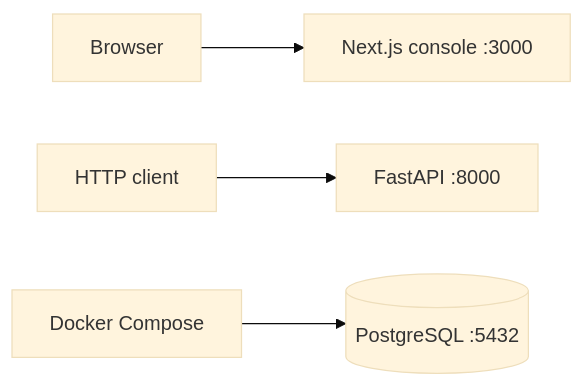
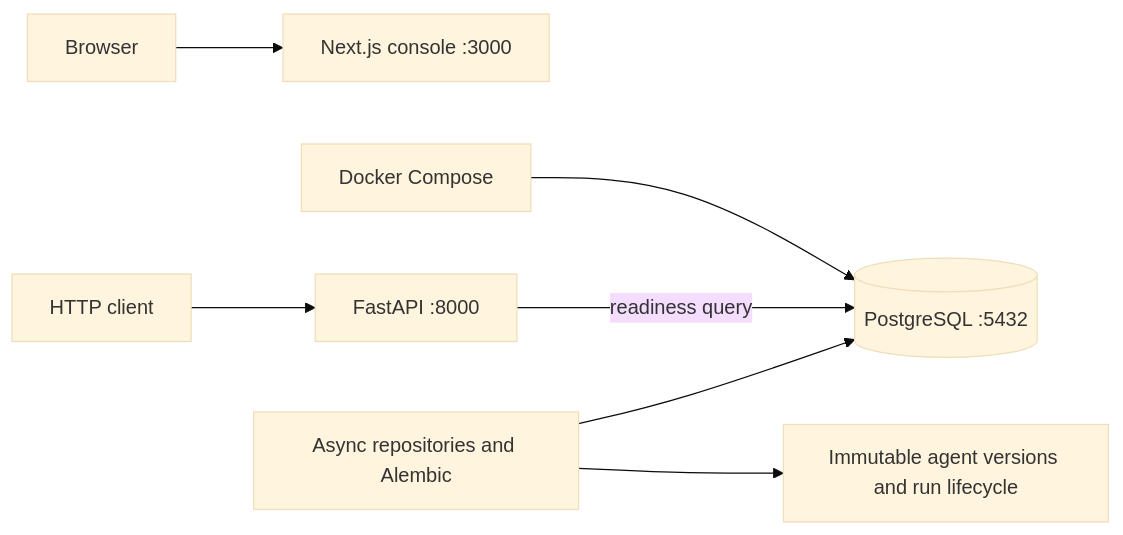
The first of 2 diagrams in ARCHITECTURE.md (TaoM29/runveil), drawn with Mermaid (base theme) before and after one commit. The commit also changed other lines of this file and 36 other files, not shown here.

````diff
--- a/ARCHITECTURE.md
+++ b/ARCHITECTURE.md
@@ -5,6 +5,9 @@
 ```mermaid
 flowchart LR
     Browser --> Web[Next.js console :3000]
     Client[HTTP client] --> API[FastAPI :8000]
     Compose[Docker Compose] --> PG[(PostgreSQL :5432)]
+    API -->|readiness query| PG
+    Persistence[Async repositories and Alembic] --> PG
+    Persistence --> Domain[Immutable agent versions and run lifecycle]
 ```
````
